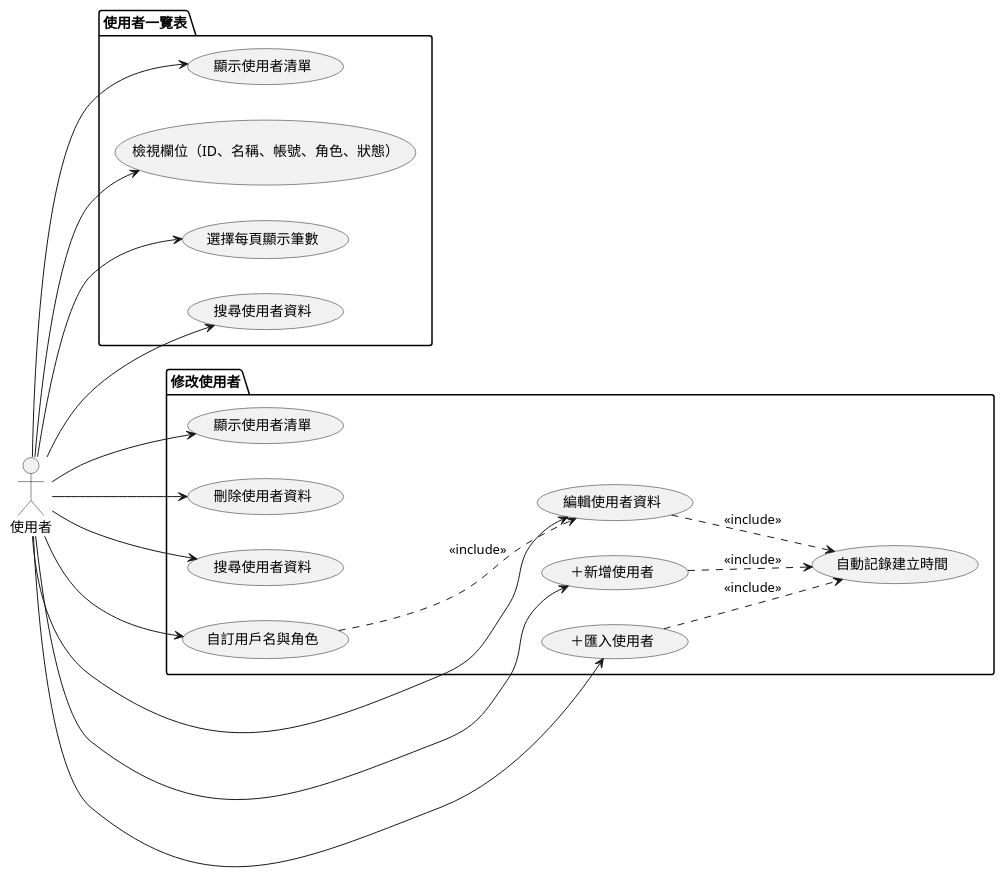
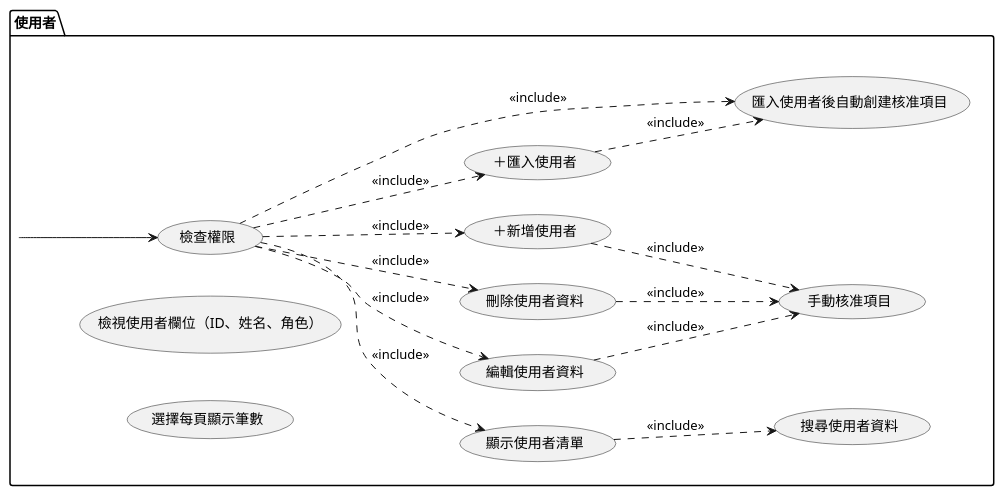
Before and after one commit to walle45611/NTUB_SecuManag_Diagram: the diagram in mermaid/use_case/user_overview&edit.puml, drawn with PlantUML. The commit also changed 6 other files, not shown here.

Commit message:
(refactor): 更新用例圖，調整用例名稱及關聯以提升清晰度

```diff
--- a/mermaid/use_case/user_overview&edit.puml
+++ b/mermaid/use_case/user_overview&edit.puml
@@ -1,42 +1,35 @@
 @startuml user_overview
 
 left to right direction
 
 actor 使用者
 
-package "使用者一覽表" {
+package "使用者" {
+    usecase "檢查權限" as UC12
     usecase "顯示使用者清單" as UC1
-    usecase "檢視欄位（ID、名稱、帳號、角色、狀態）" as UC2
+    usecase "檢視使用者欄位（ID、姓名、角色）" as UC2
     usecase "選擇每頁顯示筆數" as UC3
     usecase "搜尋使用者資料" as UC4
+    usecase "編輯使用者資料" as UC5
+    usecase "刪除使用者資料" as UC6
+    usecase "＋新增使用者" as UC7
+    usecase "＋匯入使用者" as UC8
+    usecase "匯入使用者後自動創建核准項目" as UC10
+    usecase "手動核准項目" as UC11
 }
 
-package "修改使用者" {
-    usecase "顯示使用者清單" as UC5
-    usecase "編輯使用者資料" as UC6
-    usecase "刪除使用者資料" as UC7
-    usecase "搜尋使用者資料" as UC8
-    usecase "自訂用戶名與角色" as UC9
-    usecase "＋新增使用者" as UC10
-    usecase "＋匯入使用者" as UC11
-    usecase "自動記錄建立時間" as UC12
-}
+使用者 --> UC12
+UC12 .down.> UC1 : <<include>>
+UC12 .down.> UC5 : <<include>>
+UC12 .down.> UC6 : <<include>>
+UC12 .down.> UC7 : <<include>>
+UC12 .down.> UC8 : <<include>>
+UC12 .down.> UC10 : <<include>>
 
-UC6 .down.> UC12 : <<include>>
-UC9 .down.> UC6 : <<include>>
-UC10 .down.> UC12 : <<include>>
-UC11 .down.> UC12 : <<include>>
-
-使用者 --> UC1
-使用者 --> UC2
-使用者 --> UC3
-使用者 --> UC4
-使用者 --> UC5
-使用者 --> UC6
-使用者 --> UC7
-使用者 --> UC8
-使用者 --> UC9
-使用者 --> UC10
-使用者 --> UC11
+UC1 .down.> UC4 : <<include>>
+UC5 .down.> UC11 : <<include>>
+UC6 .down.> UC11 : <<include>>
+UC7 .down.> UC11 : <<include>>
+UC8 .down.> UC10 : <<include>>
 
 @enduml
```
